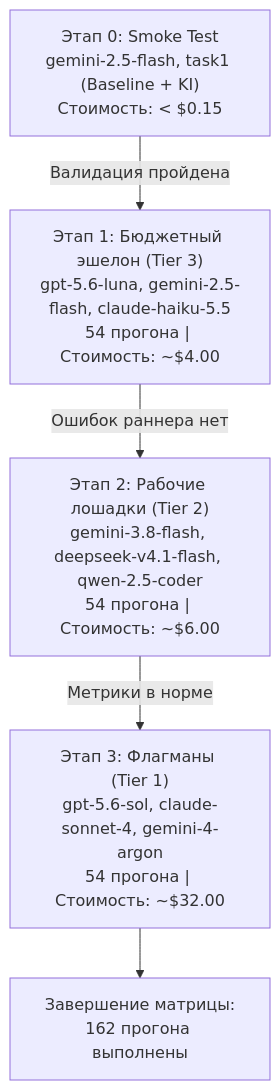
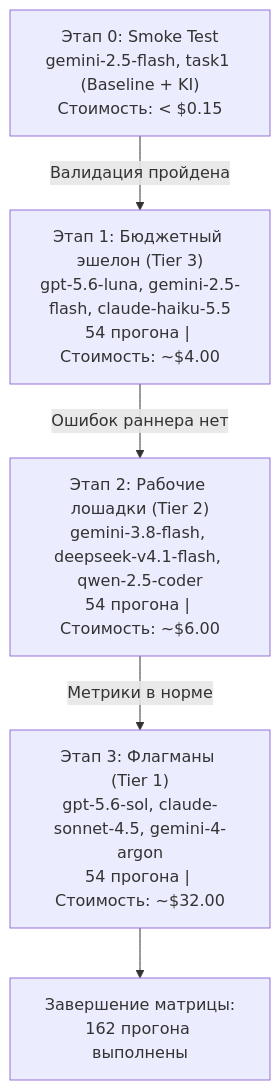
Before and after one commit to Laeryid/KI-manager-evaluation: the diagram in plan/phase_5_execution_matrix.md, drawn with Mermaid. The commit also changed other lines of this file and 6 other files, not shown here.

````diff
--- a/plan/phase_5_execution_matrix.md
+++ b/plan/phase_5_execution_matrix.md
@@ -26,13 +26,13 @@
 ```mermaid
 flowchart TD
     Smoke["Этап 0: Smoke Test\ngemini-2.5-flash, task1 (Baseline + KI)\nСтоимость: < $0.15"]
     Tier3["Этап 1: Бюджетный эшелон (Tier 3)\ngpt-5.6-luna, gemini-2.5-flash, claude-haiku-5.5\n54 прогона | Стоимость: ~$4.00"]
     Tier2["Этап 2: Рабочие лошадки (Tier 2)\ngemini-3.8-flash, deepseek-v4.1-flash, qwen-2.5-coder\n54 прогона | Стоимость: ~$6.00"]
-    Tier1["Этап 3: Флагманы (Tier 1)\ngpt-5.6-sol, claude-sonnet-4, gemini-4-argon\n54 прогона | Стоимость: ~$32.00"]
+    Tier1["Этап 3: Флагманы (Tier 1)\ngpt-5.6-sol, claude-sonnet-4.5, gemini-4-argon\n54 прогона | Стоимость: ~$32.00"]
     Done["Завершение матрицы:\n162 прогона выполнены"]
 
     Smoke -->|Валидация пройдена| Tier3
     Tier3 -->|Ошибок раннера нет| Tier2
     Tier2 -->|Метрики в норме| Tier1
     Tier1 --> Done
 ```
````
